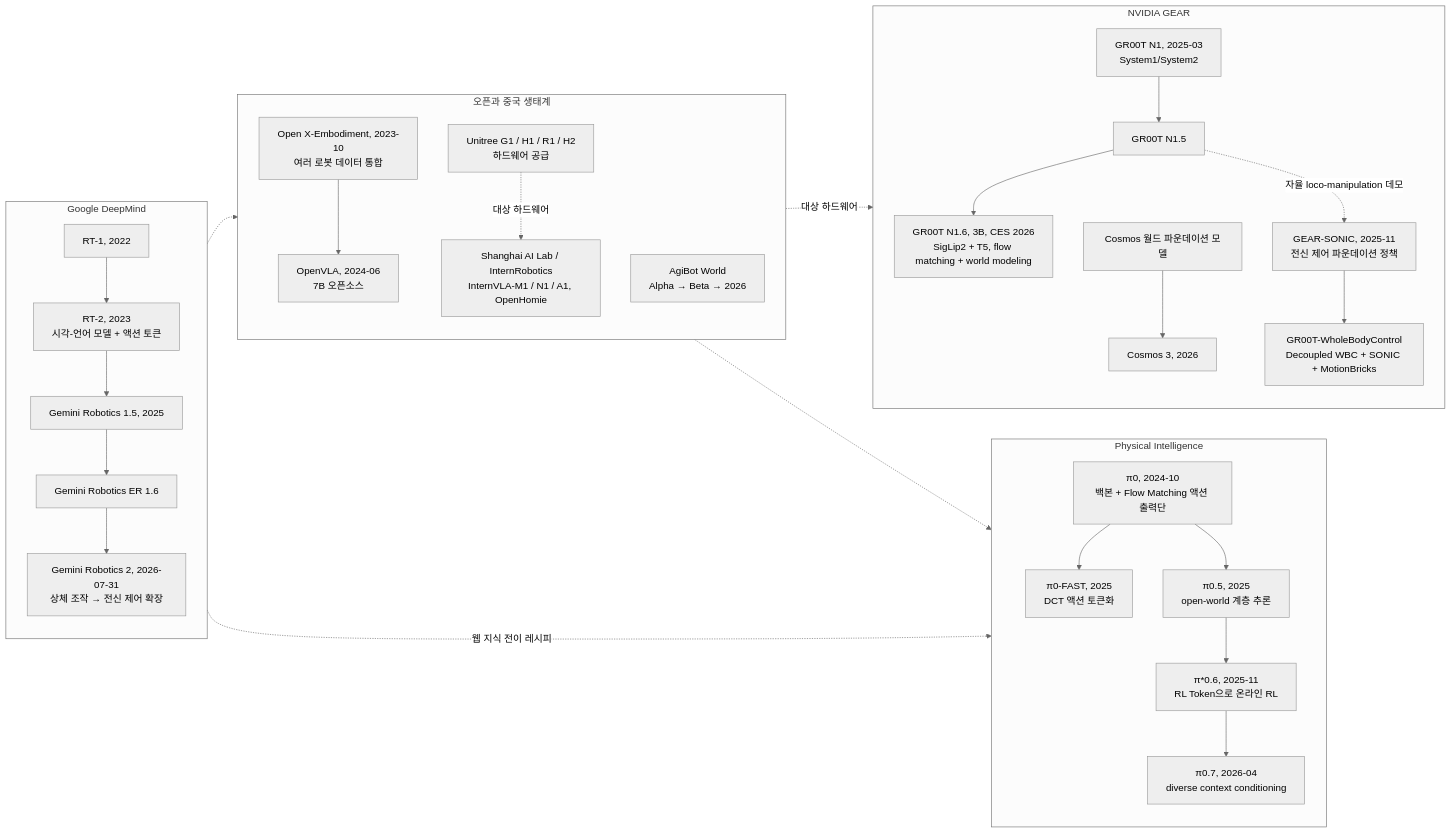
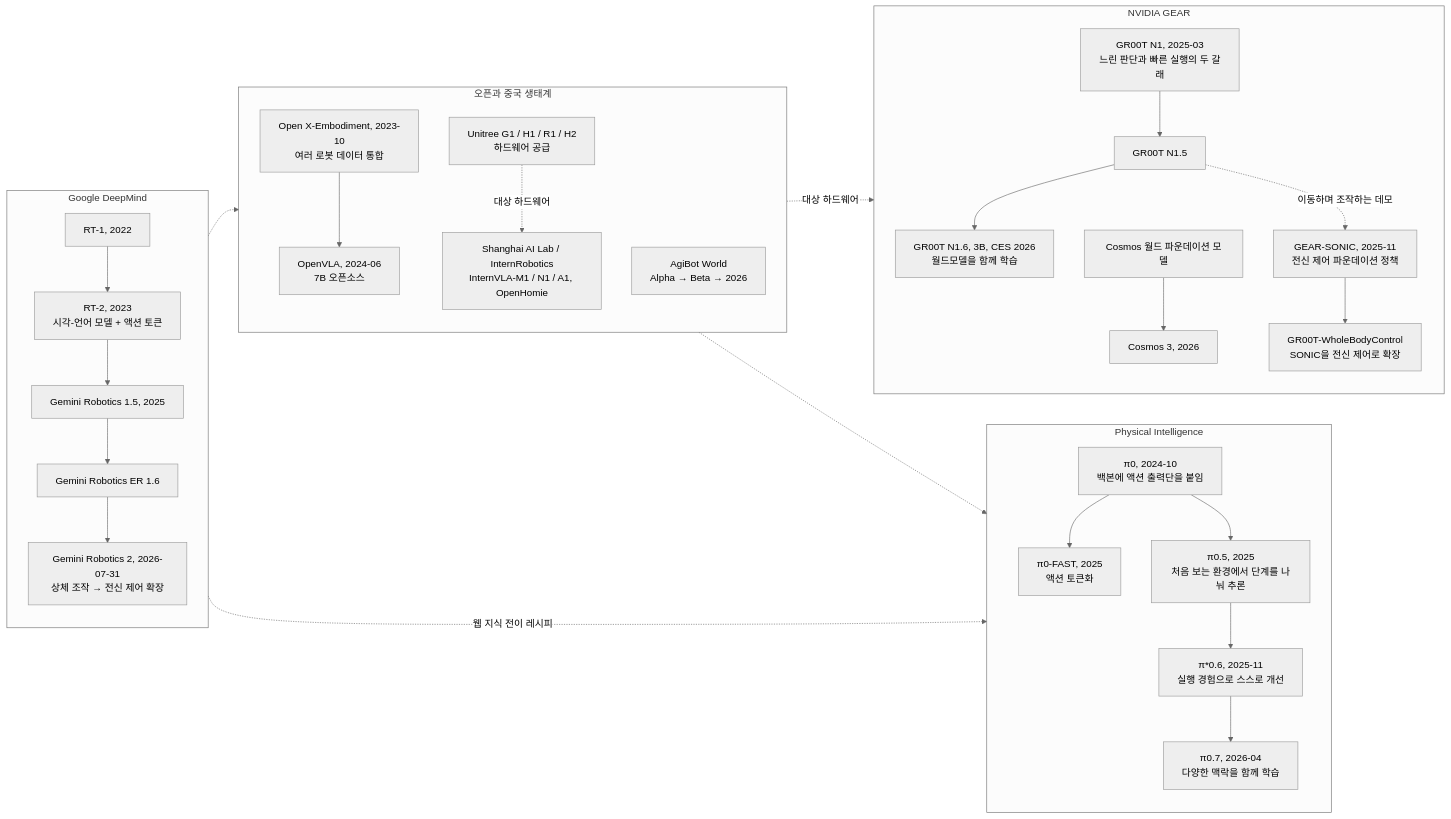
Before and after one commit to sguys99/physical-ai-study: the second of 4 diagrams in course/w1-generative-core/01-physical-ai-landscape/lesson.md, drawn with Mermaid (neutral theme). The commit also changed other lines of this file and 35 other files, not shown here.

````diff
--- a/course/w1-generative-core/01-physical-ai-landscape/lesson.md
+++ b/course/w1-generative-core/01-physical-ai-landscape/lesson.md
@@ -476,41 +474,41 @@
 ```mermaid
 flowchart LR
     subgraph GDM["Google DeepMind"]
         direction TB
         A1["RT-1, 2022"] --> A2["RT-2, 2023<br/>시각-언어 모델 + 액션 토큰"]
         A2 --> A3["Gemini Robotics 1.5, 2025"]
         A3 --> A4["Gemini Robotics ER 1.6"]
         A4 --> A5["Gemini Robotics 2, 2026-07-31<br/>상체 조작 → 전신 제어 확장"]
     end
 
     subgraph PI["Physical Intelligence"]
         direction TB
-        B1["π0, 2024-10<br/>백본 + Flow Matching 액션 출력단"] --> B2["π0-FAST, 2025<br/>DCT 액션 토큰화"]
-        B1 --> B3["π0.5, 2025<br/>open-world 계층 추론"]
-        B3 --> B4["π*0.6, 2025-11<br/>RL Token으로 온라인 RL"]
-        B4 --> B5["π0.7, 2026-04<br/>diverse context conditioning"]
+        B1["π0, 2024-10<br/>백본에 액션 출력단을 붙임"] --> B2["π0-FAST, 2025<br/>액션 토큰화"]
+        B1 --> B3["π0.5, 2025<br/>처음 보는 환경에서 단계를 나눠 추론"]
+        B3 --> B4["π*0.6, 2025-11<br/>실행 경험으로 스스로 개선"]
+        B4 --> B5["π0.7, 2026-04<br/>다양한 맥락을 함께 학습"]
     end
 
     subgraph NV["NVIDIA GEAR"]
         direction TB
-        C1["GR00T N1, 2025-03<br/>System1/System2"] --> C2["GR00T N1.5"]
-        C2 --> C3["GR00T N1.6, 3B, CES 2026<br/>SigLip2 + T5, flow matching + world modeling"]
+        C1["GR00T N1, 2025-03<br/>느린 판단과 빠른 실행의 두 갈래"] --> C2["GR00T N1.5"]
+        C2 --> C3["GR00T N1.6, 3B, CES 2026<br/>월드모델을 함께 학습"]
         C4["Cosmos 월드 파운데이션 모델"] --> C5["Cosmos 3, 2026"]
-        C6["GEAR-SONIC, 2025-11<br/>전신 제어 파운데이션 정책"] --> C7["GR00T-WholeBodyControl<br/>Decoupled WBC + SONIC + MotionBricks"]
+        C6["GEAR-SONIC, 2025-11<br/>전신 제어 파운데이션 정책"] --> C7["GR00T-WholeBodyControl<br/>SONIC을 전신 제어로 확장"]
     end
 
     subgraph OPEN["오픈과 중국 생태계"]
         direction TB
         D1["Open X-Embodiment, 2023-10<br/>여러 로봇 데이터 통합"] --> D2["OpenVLA, 2024-06<br/>7B 오픈소스"]
         D3["Shanghai AI Lab / InternRobotics<br/>InternVLA-M1 / N1 / A1, OpenHomie"]
         D4["AgiBot World<br/>Alpha → Beta → 2026"]
         D5["Unitree G1 / H1 / R1 / H2<br/>하드웨어 공급"]
     end
 
     A2 -. 웹 지식 전이 레시피 .-> B1
     A2 -.-> D2
     D1 -.-> B1
-    C2 -. 자율 loco-manipulation 데모 .-> C6
+    C2 -. 이동하며 조작하는 데모 .-> C6
     D5 -. 대상 하드웨어 .-> C6
     D5 -. 대상 하드웨어 .-> D3
 ```
````
